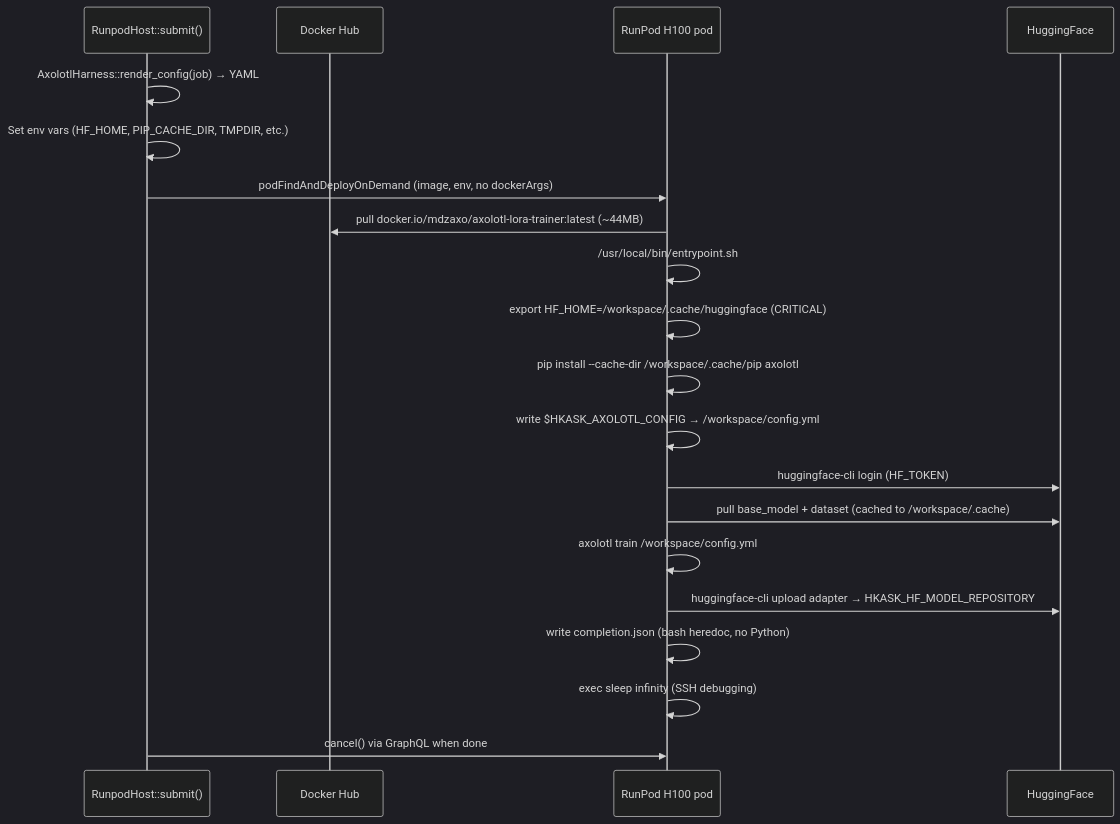
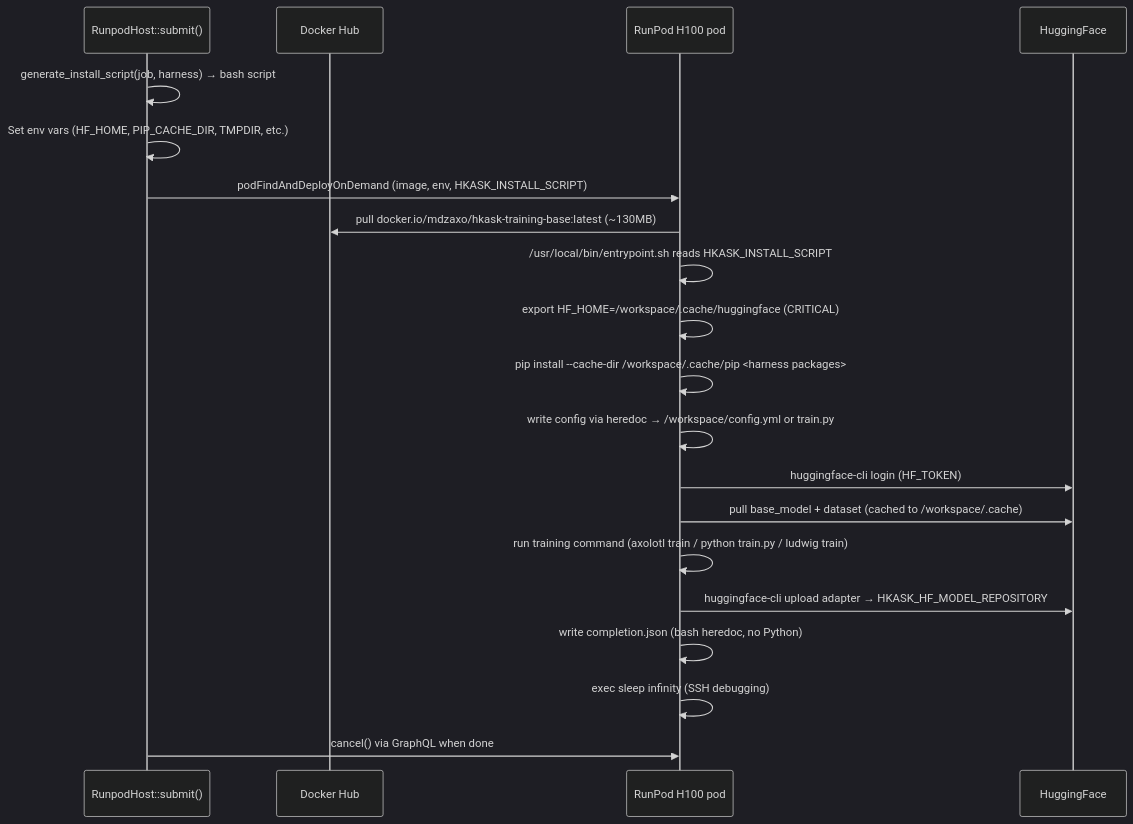
One commit to mdz-axo/hKask changed the diagram in docs/how-to/runpod-lora-training-guide.md. Above: the diagram before and after it, drawn with Mermaid (dark theme). The commit also changed other lines of this file and 5 other files, not shown here.

First line of the commit message:
Switch to generic RunPod training image

````diff
--- a/docs/how-to/runpod-lora-training-guide.md
+++ b/docs/how-to/runpod-lora-training-guide.md
@@ -379,23 +387,23 @@
 ```mermaid
 sequenceDiagram
     participant Rust as RunpodHost::submit()
     participant Hub as Docker Hub
     participant Pod as RunPod H100 pod
     participant HF as HuggingFace
 
-    Rust->>Rust: AxolotlHarness::render_config(job) → YAML
+    Rust->>Rust: generate_install_script(job, harness) → bash script
     Rust->>Rust: Set env vars (HF_HOME, PIP_CACHE_DIR, TMPDIR, etc.)
-    Rust->>Pod: podFindAndDeployOnDemand (image, env, no dockerArgs)
-    Pod->>Hub: pull docker.io/mdzaxo/axolotl-lora-trainer:latest (~44MB)
-    Pod->>Pod: /usr/local/bin/entrypoint.sh
+    Rust->>Pod: podFindAndDeployOnDemand (image, env, HKASK_INSTALL_SCRIPT)
+    Pod->>Hub: pull docker.io/mdzaxo/hkask-training-base:latest (~130MB)
+    Pod->>Pod: /usr/local/bin/entrypoint.sh reads HKASK_INSTALL_SCRIPT
     Pod->>Pod: export HF_HOME=/workspace/.cache/huggingface (CRITICAL)
-    Pod->>Pod: pip install --cache-dir /workspace/.cache/pip axolotl
-    Pod->>Pod: write $HKASK_AXOLOTL_CONFIG → /workspace/config.yml
+    Pod->>Pod: pip install --cache-dir /workspace/.cache/pip <harness packages>
+    Pod->>Pod: write config via heredoc → /workspace/config.yml or train.py
     Pod->>HF: huggingface-cli login (HF_TOKEN)
     Pod->>HF: pull base_model + dataset (cached to /workspace/.cache)
-    Pod->>Pod: axolotl train /workspace/config.yml
+    Pod->>Pod: run training command (axolotl train / python train.py / ludwig train)
     Pod->>HF: huggingface-cli upload adapter → HKASK_HF_MODEL_REPOSITORY
     Pod->>Pod: write completion.json (bash heredoc, no Python)
     Pod->>Pod: exec sleep infinity (SSH debugging)
     Rust->>Pod: cancel() via GraphQL when done
 ```
````
